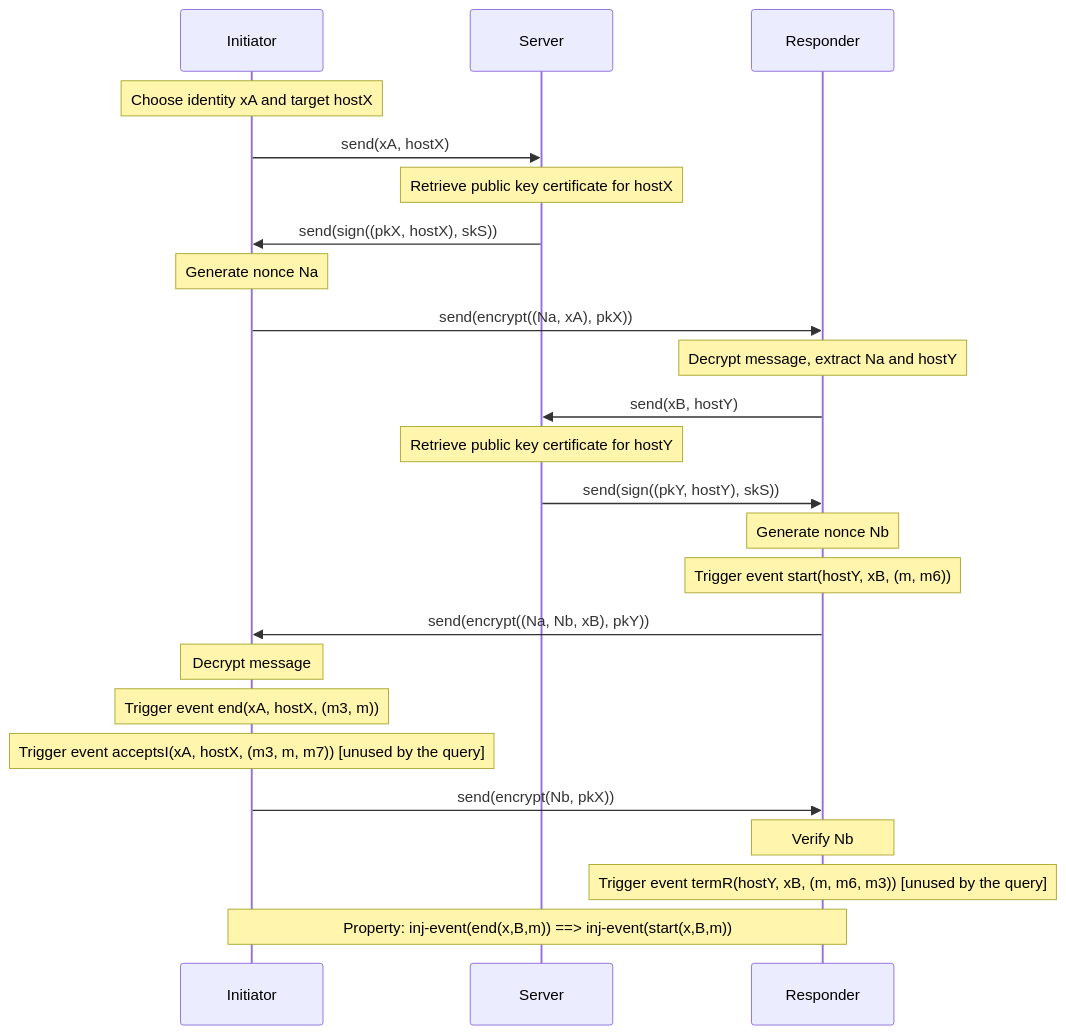
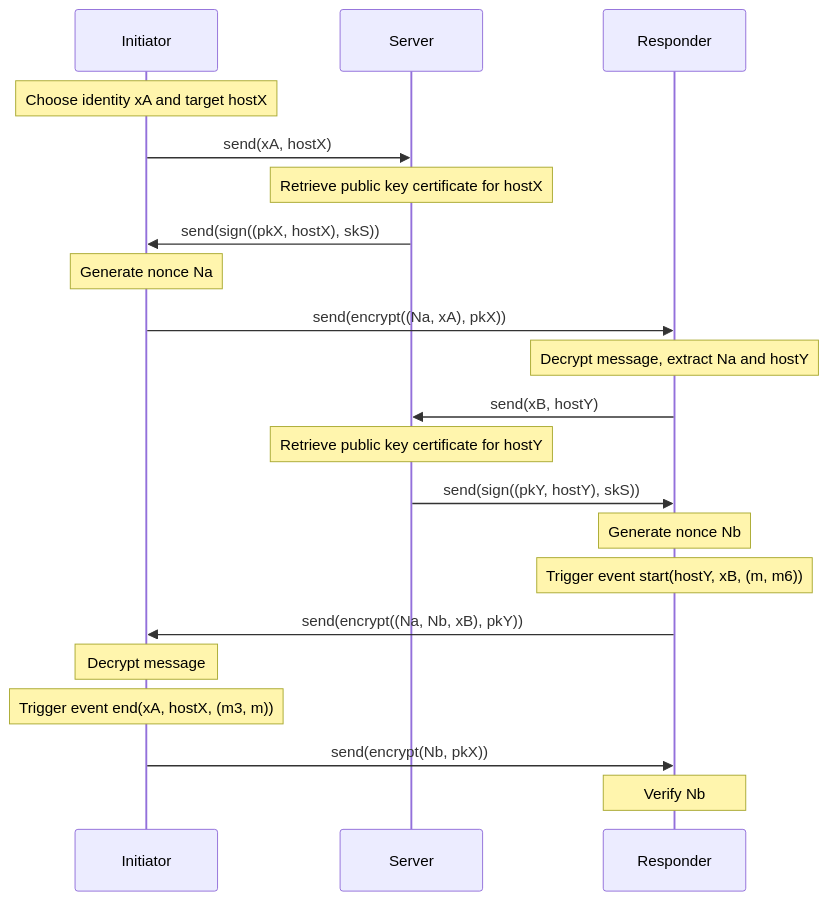
Before and after one commit to leonardtudorache/An-Executable-Taxonomy-of-Security-Properties-for-ProVerif-and-Tamarin: the diagram in SecurityProperties/Authentication/InjectiveAgreement/InjectiveAgreement.md, drawn with Mermaid. The commit also changed 13 other files, not shown here.

Commit message:
Update visualizations and check diagrams

````diff
--- a/SecurityProperties/Authentication/InjectiveAgreement/InjectiveAgreement.md
+++ b/SecurityProperties/Authentication/InjectiveAgreement/InjectiveAgreement.md
@@ -1,35 +1,31 @@
 ```mermaid
 sequenceDiagram
     participant Initiator
     participant Server
     participant Responder
 
     Note over Initiator: Choose identity xA and target hostX
     Initiator->>Server: send(xA, hostX)
 
     Note over Server: Retrieve public key certificate for hostX
     Server->>Initiator: send(sign((pkX, hostX), skS))
 
     Note over Initiator: Generate nonce Na
     Initiator->>Responder: send(encrypt((Na, xA), pkX))
 
     Note over Responder: Decrypt message, extract Na and hostY
     Responder->>Server: send(xB, hostY)
 
     Note over Server: Retrieve public key certificate for hostY
     Server->>Responder: send(sign((pkY, hostY), skS))
 
     Note over Responder: Generate nonce Nb
     Note over Responder: Trigger event start(hostY, xB, (m, m6))
     Responder->>Initiator: send(encrypt((Na, Nb, xB), pkY))
 
     Note over Initiator: Decrypt message
     Note over Initiator: Trigger event end(xA, hostX, (m3, m))
-    Note over Initiator: Trigger event acceptsI(xA, hostX, (m3, m, m7)) [unused by the query]
     Initiator->>Responder: send(encrypt(Nb, pkX))
 
     Note over Responder: Verify Nb
-    Note over Responder: Trigger event termR(hostY, xB, (m, m6, m3)) [unused by the query]
-
-    Note over Initiator, Responder: Property: inj-event(end(x,B,m)) ==> inj-event(start(x,B,m))
 ```
````
